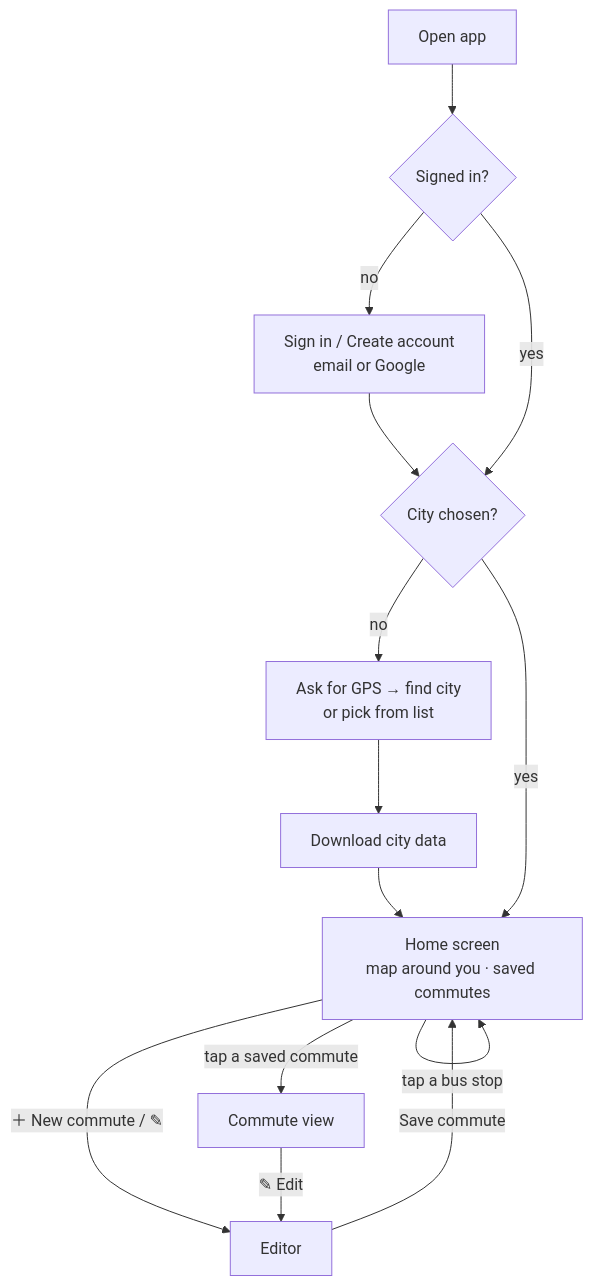
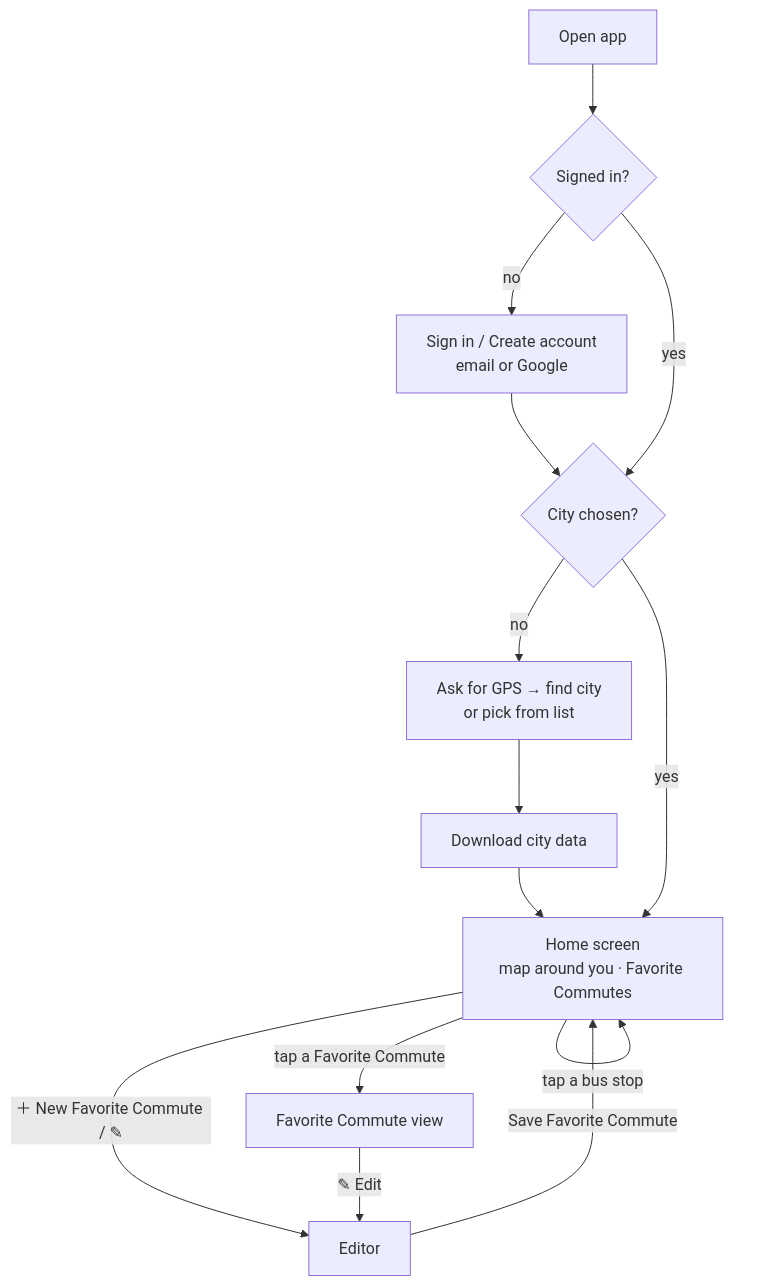
The first of 2 diagrams in docs/user-flows.md (eilonlevin3/Knight-Bus), drawn with Mermaid before and after one commit. The commit also changed other lines of this file and 35 other files, not shown here.

First line of the commit message:
Favorite Commute wording; REQ-LINE-1 split into a-d; live buses not tied to a stop pattern

````diff
--- a/docs/user-flows.md
+++ b/docs/user-flows.md
@@ -5,16 +5,16 @@
 ```mermaid
 flowchart TD
   A[Open app] --> B{Signed in?}
   B -- no --> L[Sign in / Create account<br/>email or Google]
   L --> C
   B -- yes --> C{City chosen?}
   C -- no --> G[Ask for GPS → find city<br/>or pick from list]
   G --> D[Download city data]
   D --> M
-  C -- yes --> M[Home screen<br/>map around you · saved commutes]
-  M -- ＋ New commute / ✎ --> E[Editor]
-  M -- tap a saved commute --> V[Commute view]
+  C -- yes --> M[Home screen<br/>map around you · Favorite Commutes]
+  M -- ＋ New Favorite Commute / ✎ --> E[Editor]
+  M -- tap a Favorite Commute --> V[Favorite Commute view]
   M -- tap a bus stop --> M
   V -- ✎ Edit --> E
-  E -- Save commute --> M
+  E -- Save Favorite Commute --> M
 ```
````
